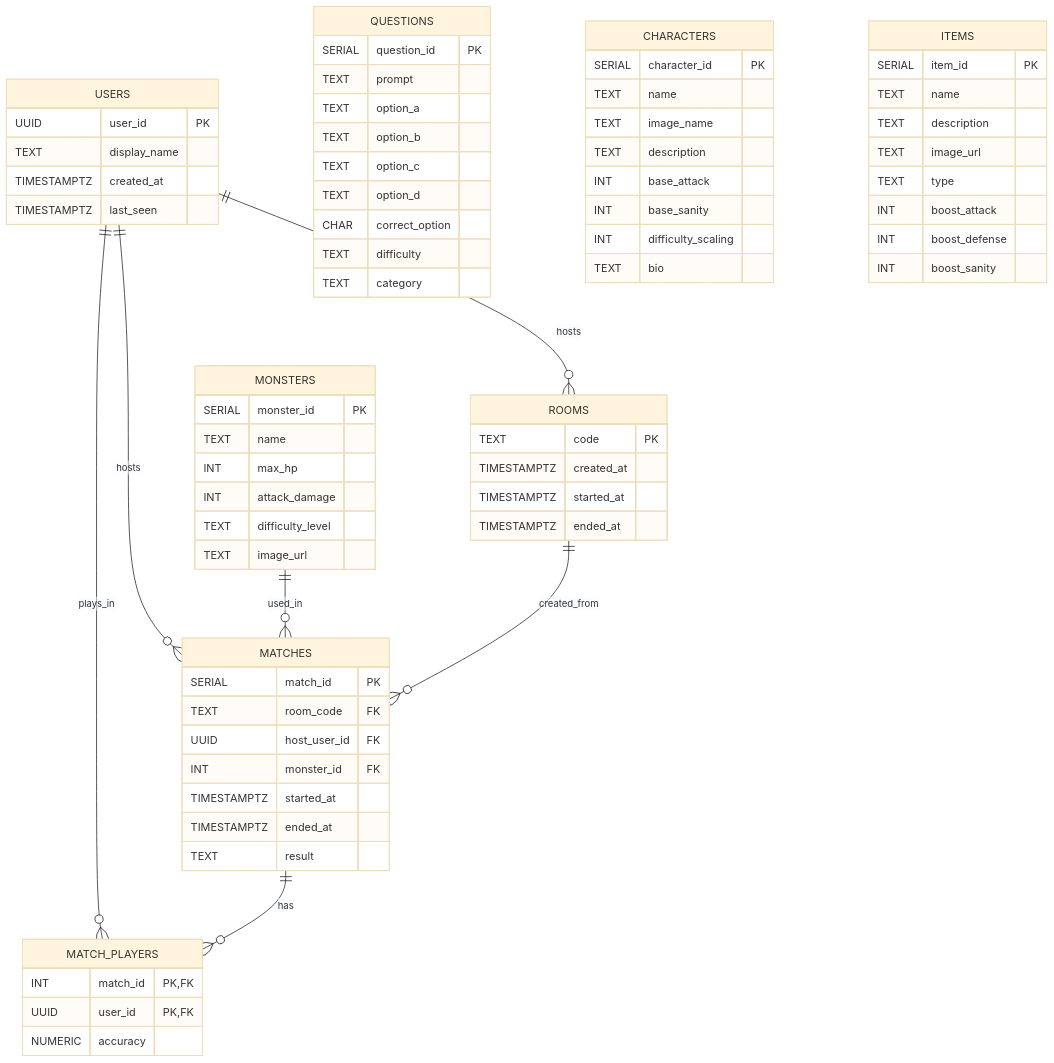
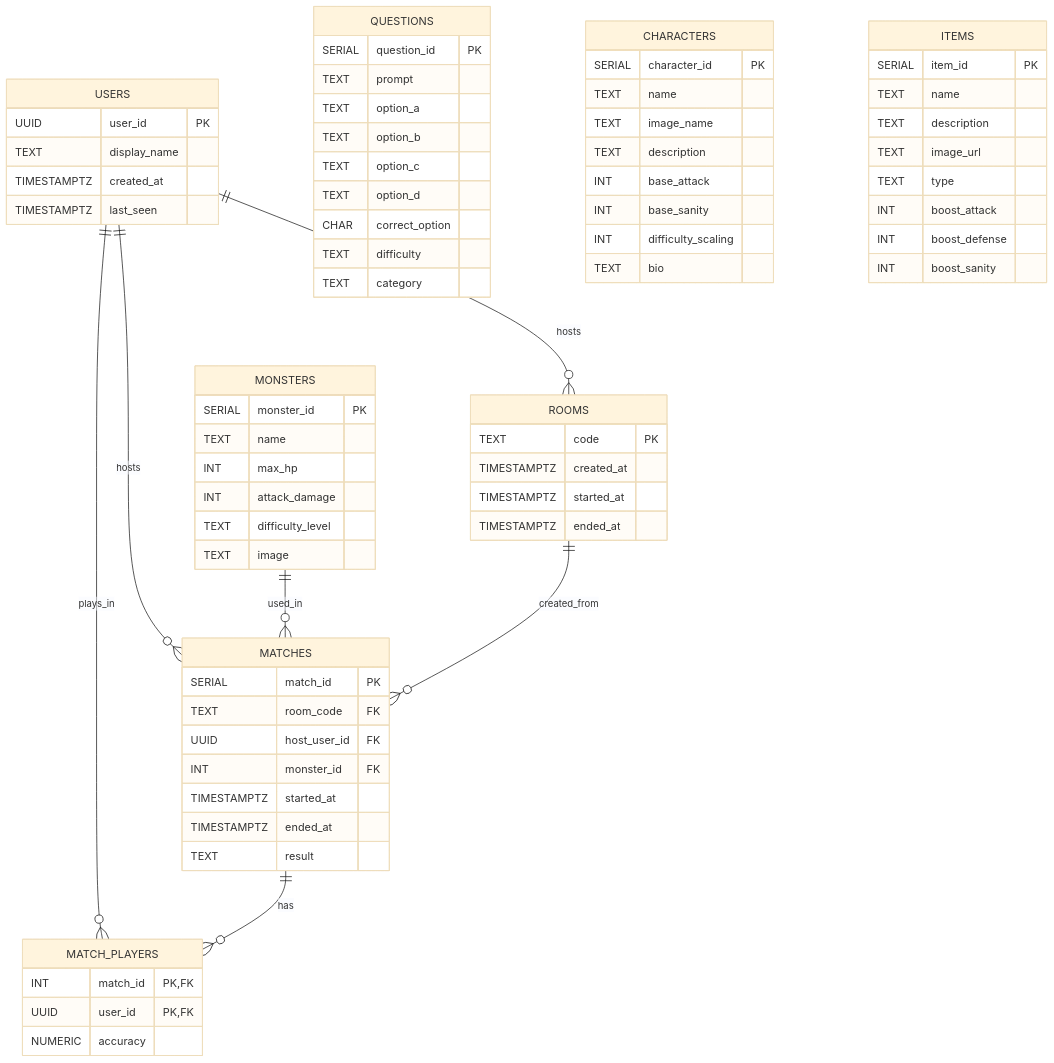
One commit to vertigo1919/eldritch-backend changed the diagram in docs/planning/backend-draft.md. Above: the diagram before and after it, drawn with Mermaid (base theme).

Commit message:
Rename image_url field to image in backend draft

```diff
--- a/docs/planning/backend-draft.md
+++ b/docs/planning/backend-draft.md
@@ -29,7 +29,7 @@
     INT max_hp
     INT attack_damage
     TEXT difficulty_level
-    TEXT image_url
+    TEXT image
   }
 
   CHARACTERS {
```
